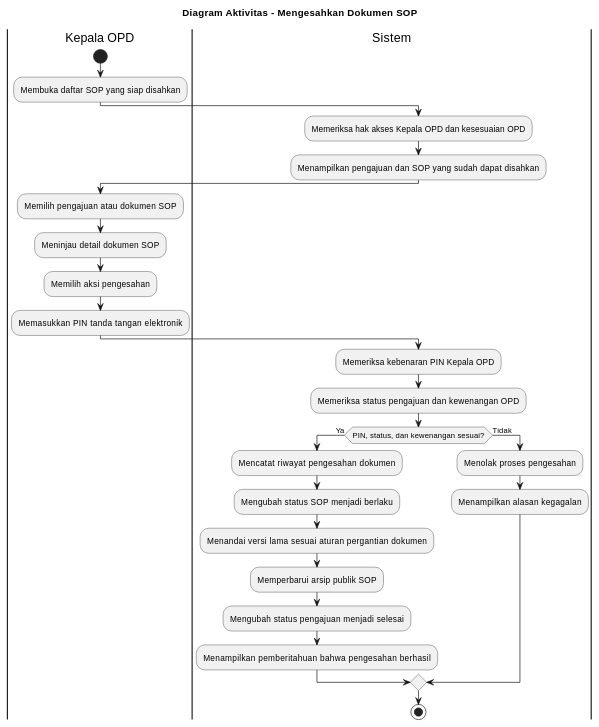
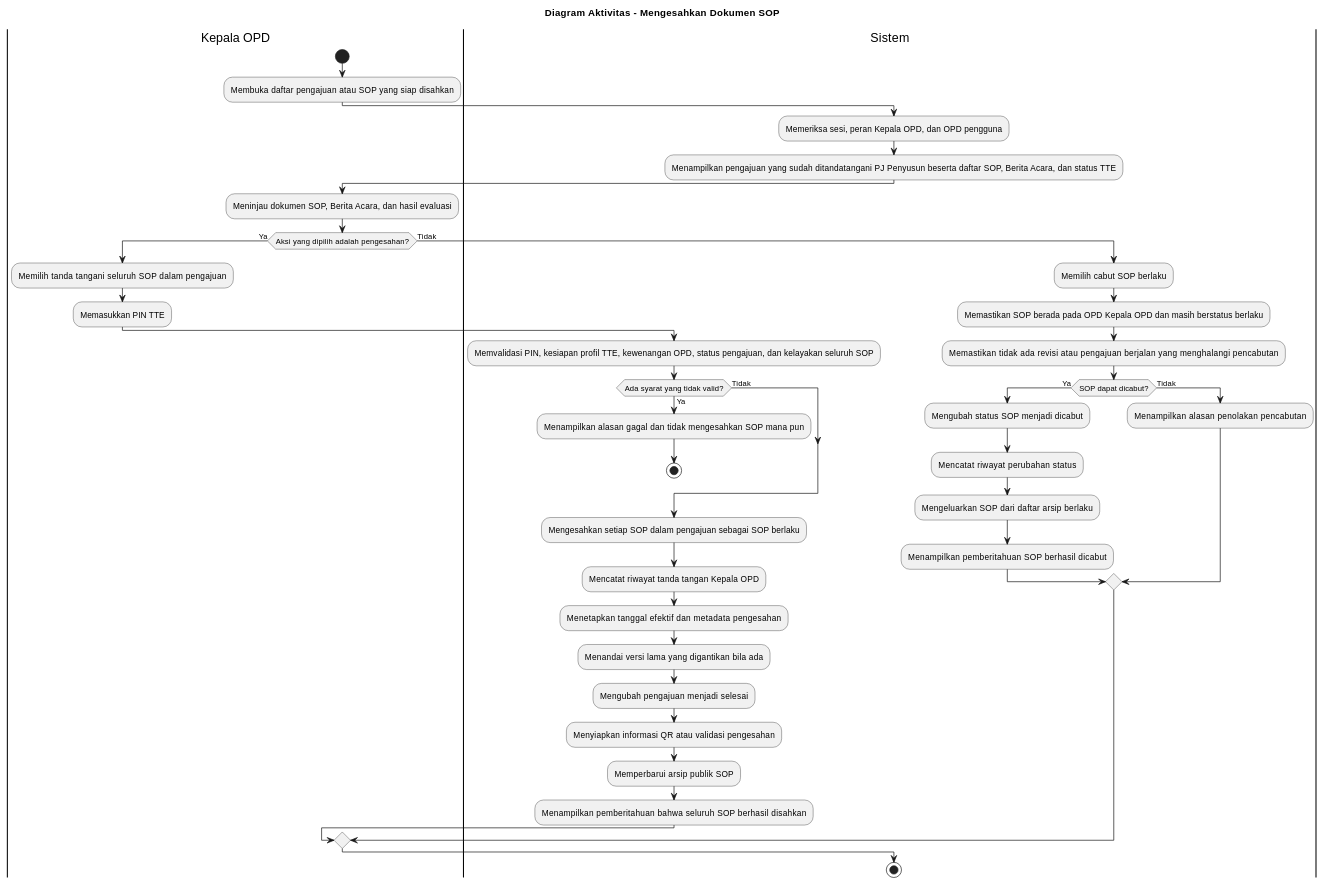
One commit to howlil/sop-generate-app changed the diagram in docs/activity-diagram/kepala-opd-mengesahkan-dokumen-sop.md. Above: the diagram before and after it, drawn with PlantUML. The commit also changed other lines of this file and 90 other files, not shown here.

````diff
--- a/docs/activity-diagram/kepala-opd-mengesahkan-dokumen-sop.md
+++ b/docs/activity-diagram/kepala-opd-mengesahkan-dokumen-sop.md
@@ -16,36 +16,56 @@
 ```plantuml
 @startuml
 title Diagram Aktivitas - Mengesahkan Dokumen SOP
 
 |Kepala OPD|
 start
-:Membuka daftar SOP yang siap disahkan;
+:Membuka daftar pengajuan atau SOP yang siap disahkan;
 
 |Sistem|
-:Memeriksa hak akses Kepala OPD dan kesesuaian OPD;
-:Menampilkan pengajuan dan SOP yang sudah dapat disahkan;
+:Memeriksa sesi, peran Kepala OPD, dan OPD pengguna;
+:Menampilkan pengajuan yang sudah ditandatangani PJ Penyusun beserta daftar SOP, Berita Acara, dan status TTE;
 
 |Kepala OPD|
-:Memilih pengajuan atau dokumen SOP;
-:Meninjau detail dokumen SOP;
-:Memilih aksi pengesahan;
-:Memasukkan PIN tanda tangan elektronik;
+:Meninjau dokumen SOP, Berita Acara, dan hasil evaluasi;
 
-|Sistem|
-:Memeriksa kebenaran PIN Kepala OPD;
-:Memeriksa status pengajuan dan kewenangan OPD;
-if (PIN, status, dan kewenangan sesuai?) then (Ya)
-  :Mencatat riwayat pengesahan dokumen;
-  :Mengubah status SOP menjadi berlaku;
-  :Menandai versi lama sesuai aturan pergantian dokumen;
+if (Aksi yang dipilih adalah pengesahan?) then (Ya)
+  :Memilih tanda tangani seluruh SOP dalam pengajuan;
+  :Memasukkan PIN TTE;
+
+  |Sistem|
+  :Memvalidasi PIN, kesiapan profil TTE, kewenangan OPD, status pengajuan, dan kelayakan seluruh SOP;
+
+  if (Ada syarat yang tidak valid?) then (Ya)
+    :Menampilkan alasan gagal dan tidak mengesahkan SOP mana pun;
+    stop
+  else (Tidak)
+  endif
+
+  :Mengesahkan setiap SOP dalam pengajuan sebagai SOP berlaku;
+  :Mencatat riwayat tanda tangan Kepala OPD;
+  :Menetapkan tanggal efektif dan metadata pengesahan;
+  :Menandai versi lama yang digantikan bila ada;
+  :Mengubah pengajuan menjadi selesai;
+  :Menyiapkan informasi QR atau validasi pengesahan;
   :Memperbarui arsip publik SOP;
-  :Mengubah status pengajuan menjadi selesai;
-  :Menampilkan pemberitahuan bahwa pengesahan berhasil;
+  :Menampilkan pemberitahuan bahwa seluruh SOP berhasil disahkan;
 else (Tidak)
-  :Menolak proses pengesahan;
-  :Menampilkan alasan kegagalan;
+  :Memilih cabut SOP berlaku;
+
+  |Sistem|
+  :Memastikan SOP berada pada OPD Kepala OPD dan masih berstatus berlaku;
+  :Memastikan tidak ada revisi atau pengajuan berjalan yang menghalangi pencabutan;
+
+  if (SOP dapat dicabut?) then (Ya)
+    :Mengubah status SOP menjadi dicabut;
+    :Mencatat riwayat perubahan status;
+    :Mengeluarkan SOP dari daftar arsip berlaku;
+    :Menampilkan pemberitahuan SOP berhasil dicabut;
+  else (Tidak)
+    :Menampilkan alasan penolakan pencabutan;
+  endif
 endif
 
 stop
 @enduml
 ```
````
